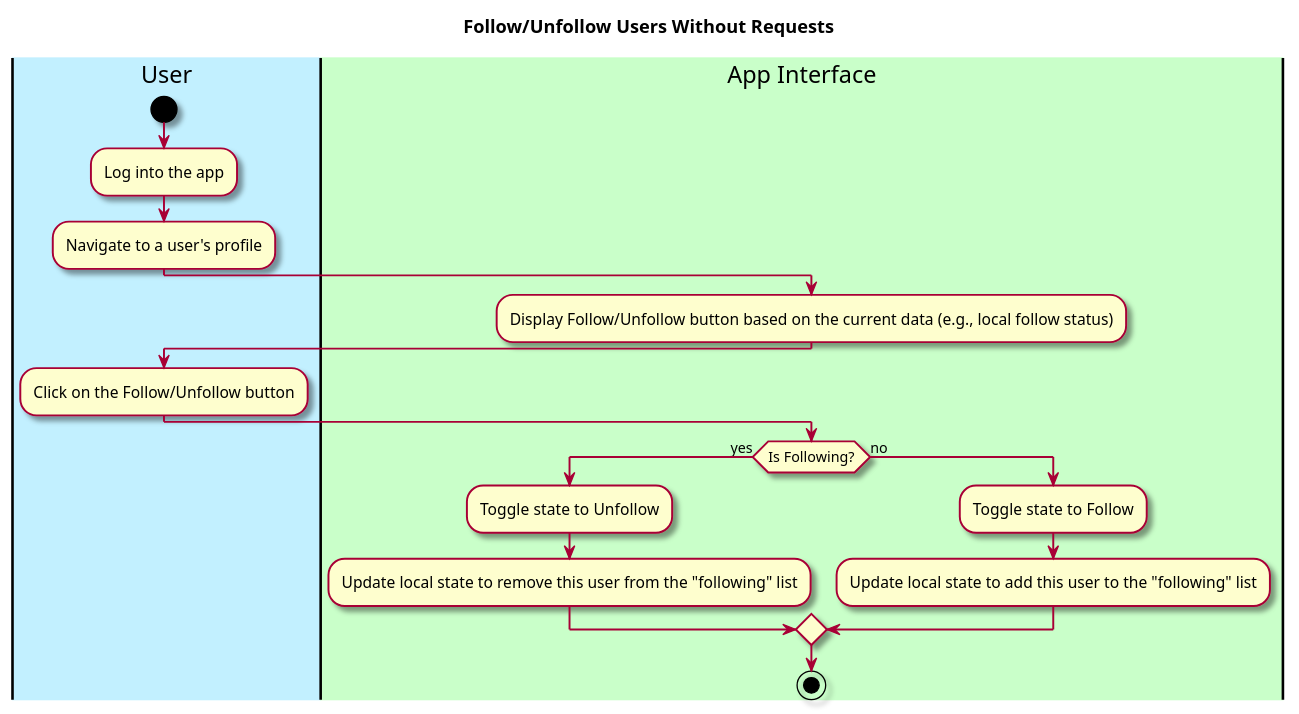
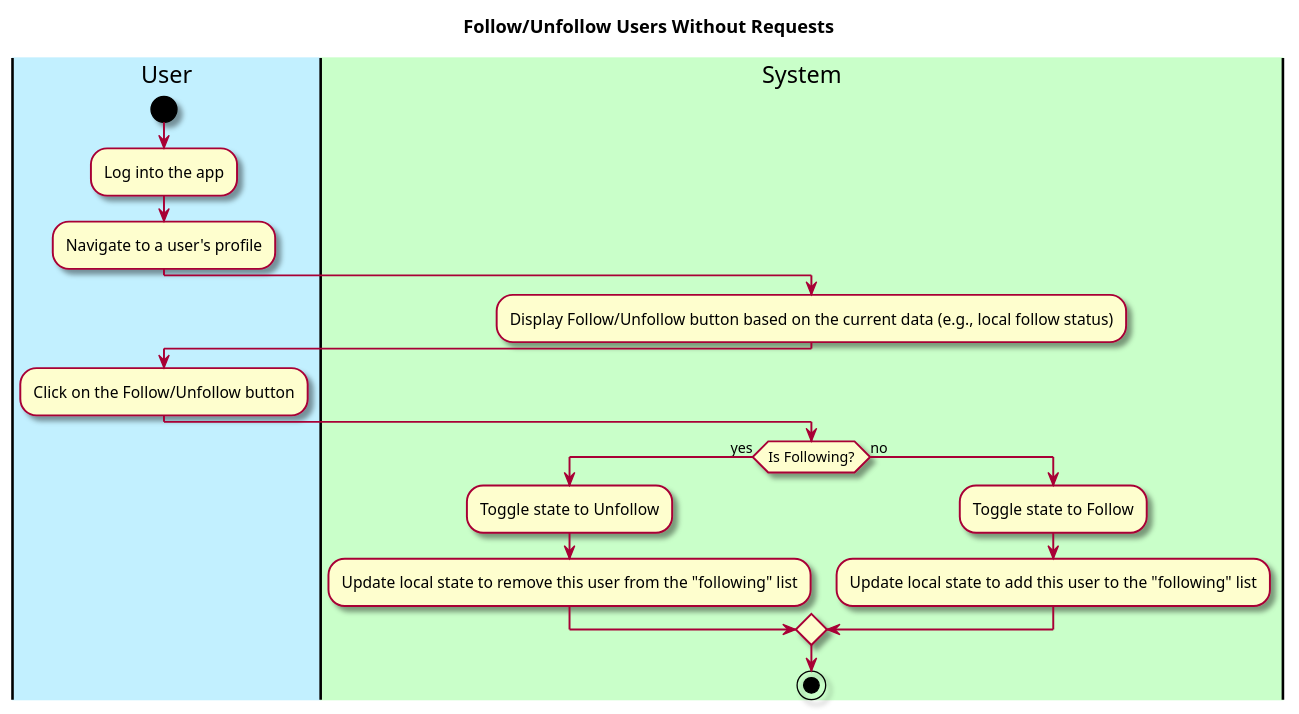
Before and after one commit to Khurshid03/team-2b: the diagram in intellij/doc/use-cases/follow-unfollow-users.md, drawn with PlantUML. The commit also changed 17 other files, not shown here.

```````diff
--- a/intellij/doc/use-cases/follow-unfollow-users.md
+++ b/intellij/doc/use-cases/follow-unfollow-users.md
@@ -28,34 +28,34 @@
 ```plantuml
 @startuml
 
 skin rose
 
 title Follow/Unfollow Users Without Requests
 
 |#application|User|
-|#technology|App Interface|
+|#technology|System|
 
 |User|
 start
 :Log into the app;
 :Navigate to a user's profile;
 
-|App Interface|
+|System|
 :Display Follow/Unfollow button based on the current data (e.g., local follow status);
 
 |User|
 :Click on the Follow/Unfollow button;
 
-|App Interface|
+|System|
 if (Is Following?) then (yes)
     :Toggle state to Unfollow;
     :Update local state to remove this user from the "following" list;
 else (no)
     :Toggle state to Follow;
     :Update local state to add this user to the "following" list;
 endif
 
 stop
 
 @enduml
 ``````
```````
